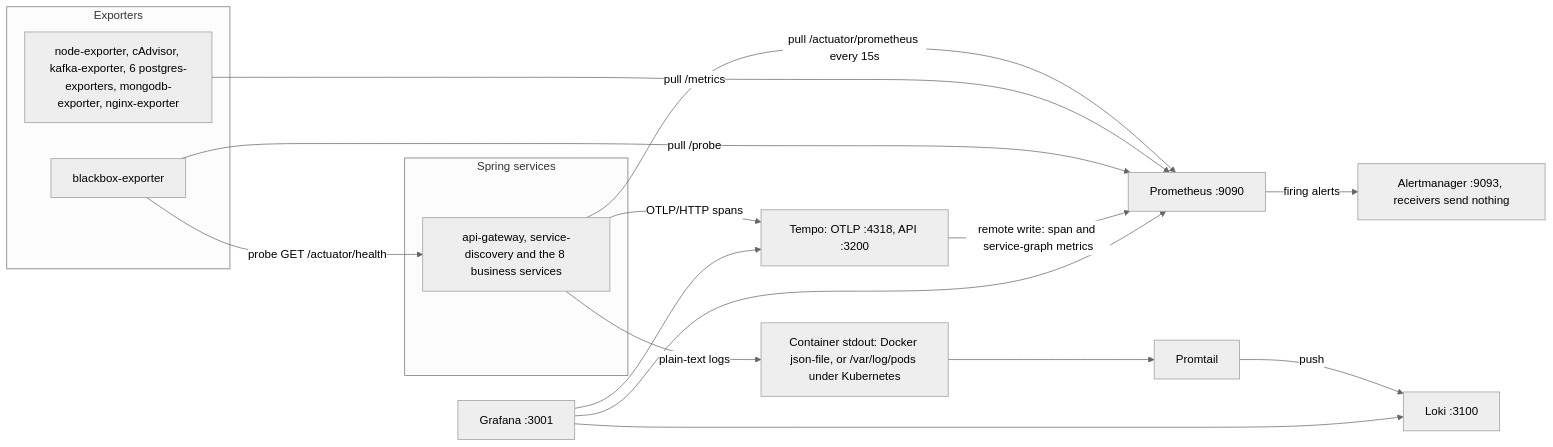
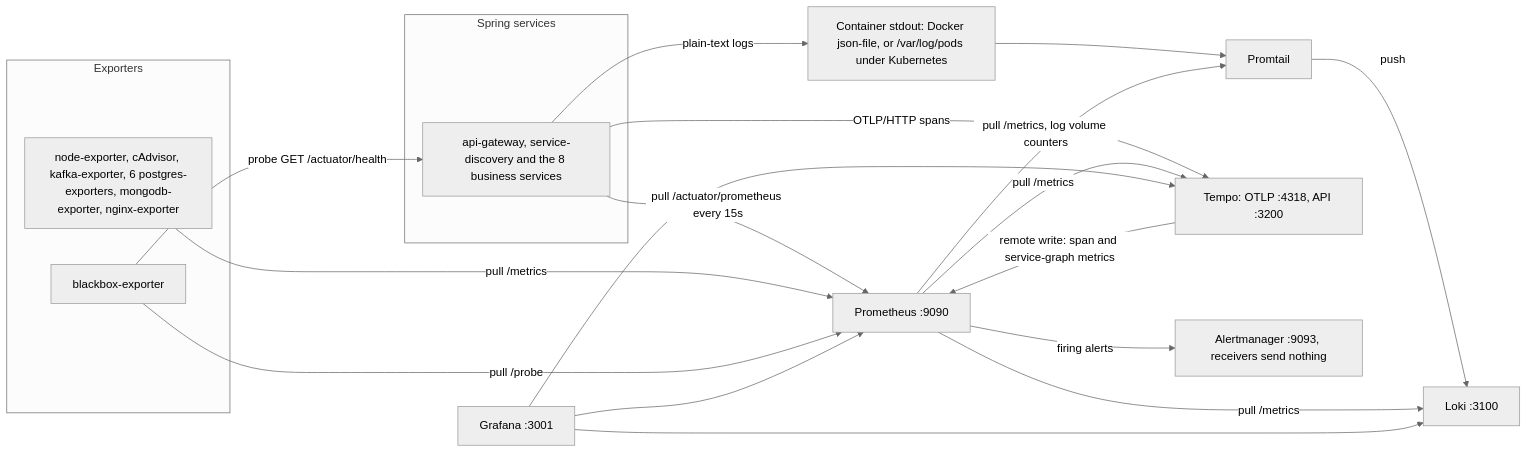
Before and after one commit to bmcnpnr/ecommerce-platform: the first of 2 diagrams in docs/observability.md, drawn with Mermaid (neutral theme). The commit also changed other lines of this file and 58 other files, not shown here.

````diff
--- a/docs/observability.md
+++ b/docs/observability.md
@@ -39,31 +47,34 @@
 ```mermaid
 flowchart LR
     subgraph APPS["Spring services"]
         SVC["api-gateway, service-discovery and the 8 business services"]
     end
     subgraph EXPORTERS["Exporters"]
         EXP["node-exporter, cAdvisor, kafka-exporter, 6 postgres-exporters, mongodb-exporter, nginx-exporter"]
         BBX["blackbox-exporter"]
     end
     STDOUT["Container stdout: Docker json-file, or /var/log/pods under Kubernetes"]
     PT["Promtail"]
     LOKI["Loki :3100"]
     TEMPO["Tempo: OTLP :4318, API :3200"]
     PROM["Prometheus :9090"]
     AM["Alertmanager :9093, receivers send nothing"]
     GF["Grafana :3001"]
 
     SVC -->|"pull /actuator/prometheus every 15s"| PROM
     EXP -->|"pull /metrics"| PROM
     BBX -->|"probe GET /actuator/health"| SVC
     BBX -->|"pull /probe"| PROM
     SVC -->|"OTLP/HTTP spans"| TEMPO
     TEMPO -->|"remote write: span and service-graph metrics"| PROM
     SVC -->|"plain-text logs"| STDOUT
     STDOUT --> PT
     PT -->|"push"| LOKI
     PROM -->|"firing alerts"| AM
+    PROM -->|"pull /metrics"| LOKI
+    PROM -->|"pull /metrics, log volume counters"| PT
+    PROM -->|"pull /metrics"| TEMPO
     GF --> PROM
     GF --> LOKI
     GF --> TEMPO
 ```
````
